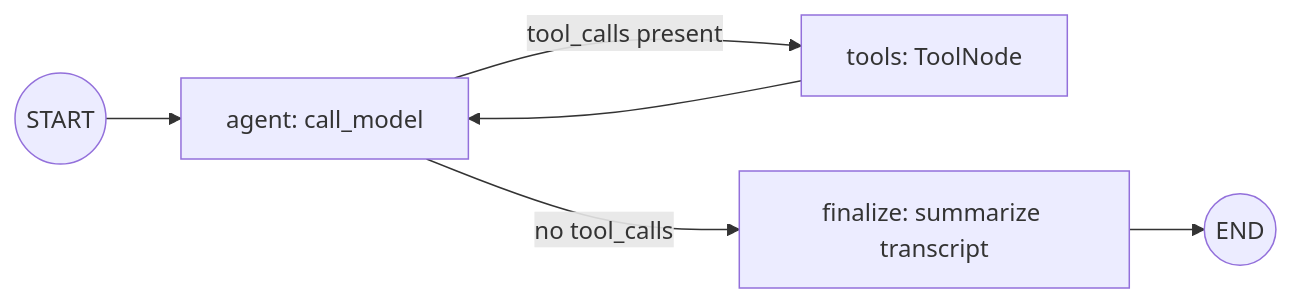
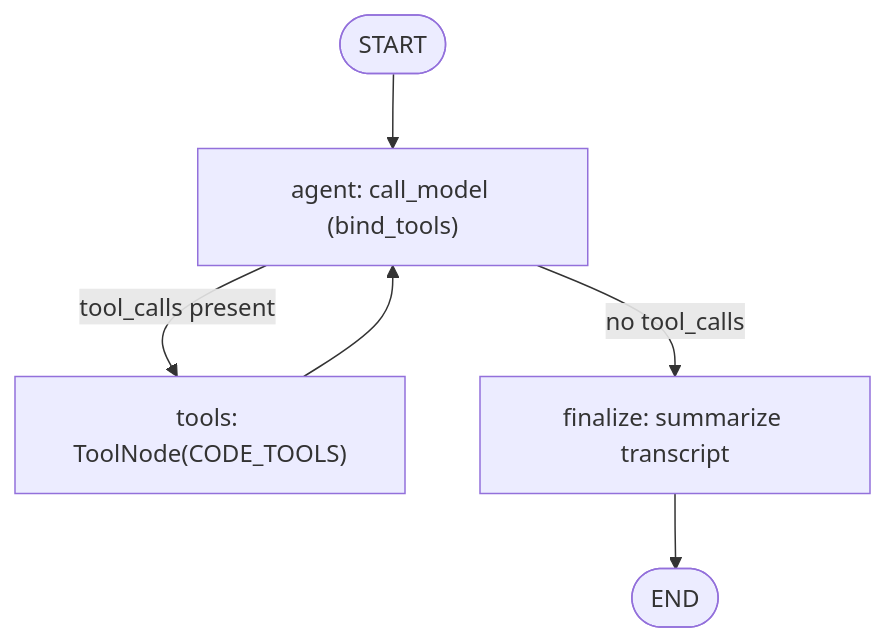
The first of 3 diagrams in src/61_coding_agent/README.md (xergioalex/agent-lab), drawn with Mermaid before and after one commit. The commit also changed other lines of this file and 64 other files, not shown here.

First line of the commit message:
docs(docs): premium Mermaid diagram pass on all 64 module READMEs

````diff
--- a/src/61_coding_agent/README.md
+++ b/src/61_coding_agent/README.md
@@ -45,8 +45,8 @@
 ```mermaid
-graph LR
-    START((START)) --> agent[agent: call_model]
-    agent -->|tool_calls present| tools[tools: ToolNode]
+flowchart TD
+    START(["START"]) --> agent["agent: call_model (bind_tools)"]
+    agent -->|"tool_calls present"| tools["tools: ToolNode(CODE_TOOLS)"]
     tools --> agent
-    agent -->|no tool_calls| finalize[finalize: summarize transcript]
-    finalize --> END((END))
+    agent -->|"no tool_calls"| finalize["finalize: summarize transcript"]
+    finalize --> END(["END"])
 ```
````
